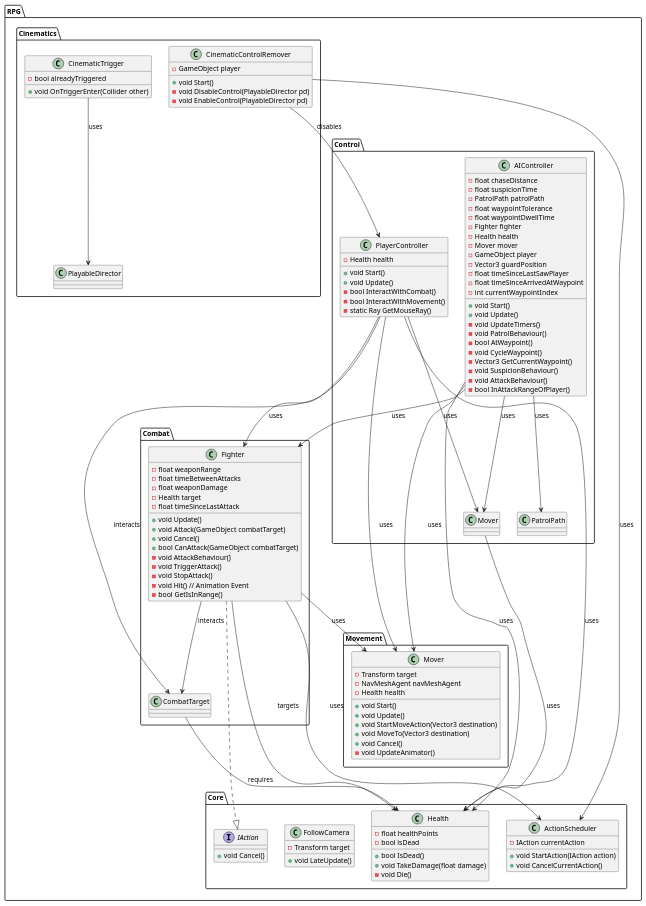
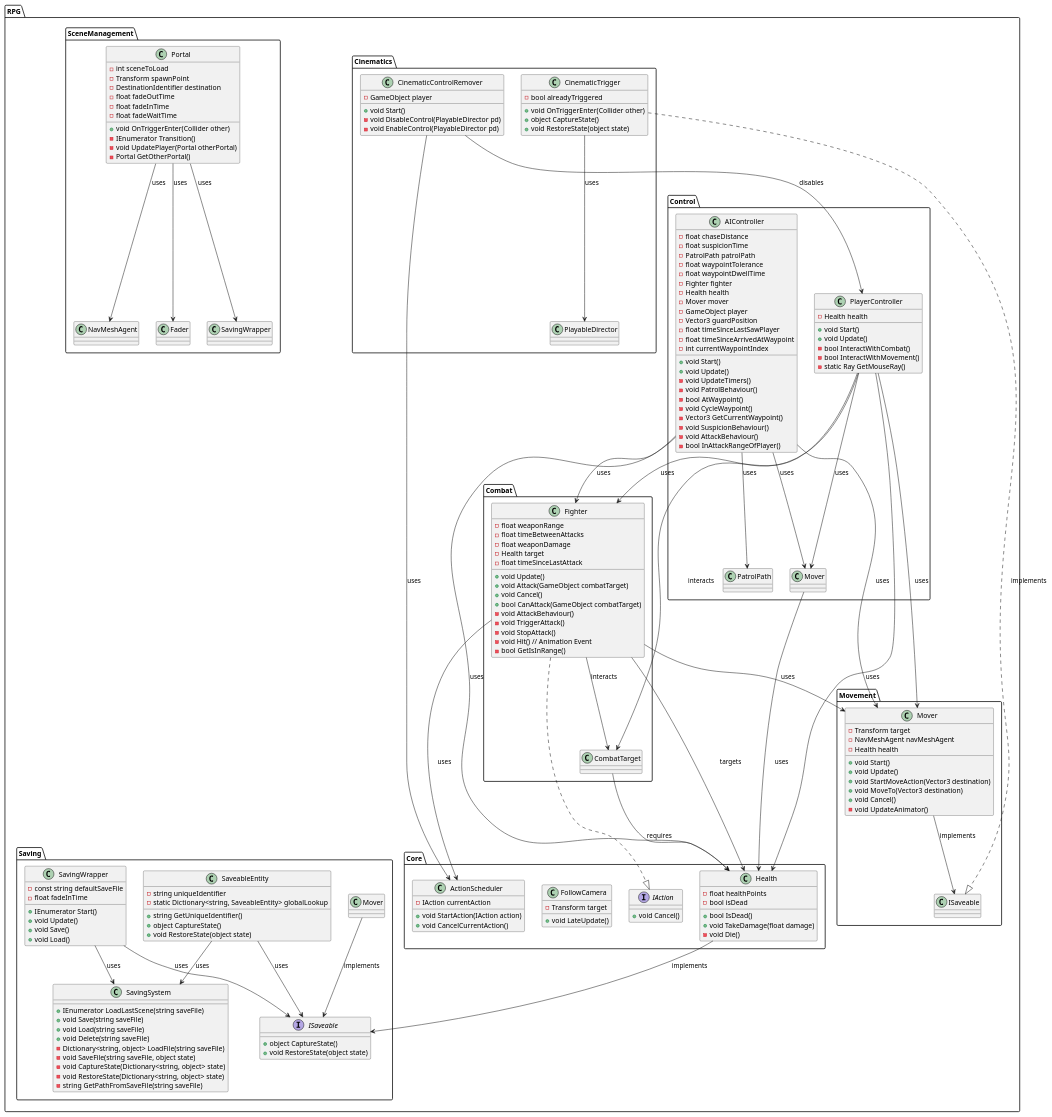
The diagram in Assets/Scripts/rpg.puml (Velcronator/RPG25), drawn with PlantUML before and after one commit. The commit also changed 24 other files, not shown here.

```diff
--- a/Assets/Scripts/rpg.puml
+++ b/Assets/Scripts/rpg.puml
@@ -1,133 +1,199 @@
 @startuml RPG
 namespace RPG.Combat {
     class Fighter {
         -float weaponRange
         -float timeBetweenAttacks
         -float weaponDamage
         -Health target
         -float timeSinceLastAttack
         +void Update()
         +void Attack(GameObject combatTarget)
         +void Cancel()
         +bool CanAttack(GameObject combatTarget)
         -void AttackBehaviour()
         -void TriggerAttack()
         -void StopAttack()
         -void Hit() // Animation Event
         -bool GetIsInRange()
     }
 
     class CombatTarget {
     }
 
     Fighter --> CombatTarget : interacts
 }
 
 namespace RPG.Control {
     class PlayerController {
         -Health health
         +void Start()
         +void Update()
         -bool InteractWithCombat()
         -bool InteractWithMovement()
         -static Ray GetMouseRay()
     }
 
     class AIController {
         -float chaseDistance
         -float suspicionTime
         -PatrolPath patrolPath
         -float waypointTolerance
         -float waypointDwellTime
         -Fighter fighter
         -Health health
         -Mover mover
         -GameObject player
         -Vector3 guardPosition
         -float timeSinceLastSawPlayer
         -float timeSinceArrivedAtWaypoint
         -int currentWaypointIndex
         +void Start()
         +void Update()
         -void UpdateTimers()
         -void PatrolBehaviour()
         -bool AtWaypoint()
         -void CycleWaypoint()
         -Vector3 GetCurrentWaypoint()
         -void SuspicionBehaviour()
         -void AttackBehaviour()
         -bool InAttackRangeOfPlayer()
     }
 
     PlayerController --> Fighter : uses
     PlayerController --> Mover : uses
     PlayerController --> CombatTarget : interacts
     AIController --> Fighter : uses
     AIController --> Mover : uses
     AIController --> PatrolPath : uses
 }
 
 namespace RPG.Core {
     interface IAction {
         +void Cancel()
     }
     class ActionScheduler {
         -IAction currentAction
         +void StartAction(IAction action)
         +void CancelCurrentAction()
     }
     class FollowCamera {
         -Transform target
         +void LateUpdate()
     }
     class Health {
         -float healthPoints
         -bool isDead
         +bool IsDead()
         +void TakeDamage(float damage)
         -void Die()
     }
     Fighter --> Health : targets
     CombatTarget --> Health : requires
     PlayerController --> Health : uses
     AIController --> Health : uses
     Mover --> Health : uses
     Fighter ..|> IAction
     Fighter --> ActionScheduler : uses
 }
 
 namespace RPG.Movement {
     class Mover {
         -Transform target
         -NavMeshAgent navMeshAgent
         -Health health
         +void Start()
         +void Update()
         +void StartMoveAction(Vector3 destination)
         +void MoveTo(Vector3 destination)
         +void Cancel()
         -void UpdateAnimator()
     }
     Fighter --> Mover : uses
     PlayerController --> Mover : uses
     AIController --> Mover : uses
+    Mover --> ISaveable : implements
 }
 
 namespace RPG.Cinematics {
     class CinematicControlRemover {
         -GameObject player
         +void Start()
         -void DisableControl(PlayableDirector pd)
         -void EnableControl(PlayableDirector pd)
     }
 
     class CinematicTrigger {
         -bool alreadyTriggered
         +void OnTriggerEnter(Collider other)
+        +object CaptureState()
+        +void RestoreState(object state)
     }
 
     CinematicControlRemover --> PlayerController : disables
     CinematicControlRemover --> ActionScheduler : uses
     CinematicTrigger --> PlayableDirector : uses
+    CinematicTrigger ..|> ISaveable : implements
+}
+
+namespace RPG.SceneManagement {
+    class Portal {
+        -int sceneToLoad
+        -Transform spawnPoint
+        -DestinationIdentifier destination
+        -float fadeOutTime
+        -float fadeInTime
+        -float fadeWaitTime
+        +void OnTriggerEnter(Collider other)
+        -IEnumerator Transition()
+        -void UpdatePlayer(Portal otherPortal)
+        -Portal GetOtherPortal()
+    }
+
+    Portal --> Fader : uses
+    Portal --> SavingWrapper : uses
+    Portal --> NavMeshAgent : uses
+}
+
+namespace RPG.Saving {
+    interface ISaveable {
+        +object CaptureState()
+        +void RestoreState(object state)
+    }
+
+    class SaveableEntity {
+        -string uniqueIdentifier
+        -static Dictionary<string, SaveableEntity> globalLookup
+        +string GetUniqueIdentifier()
+        +object CaptureState()
+        +void RestoreState(object state)
+    }
+
+    class SavingSystem {
+        +IEnumerator LoadLastScene(string saveFile)
+        +void Save(string saveFile)
+        +void Load(string saveFile)
+        +void Delete(string saveFile)
+        -Dictionary<string, object> LoadFile(string saveFile)
+        -void SaveFile(string saveFile, object state)
+        -void CaptureState(Dictionary<string, object> state)
+        -void RestoreState(Dictionary<string, object> state)
+        -string GetPathFromSaveFile(string saveFile)
+    }
+
+    class SavingWrapper {
+        -const string defaultSaveFile
+        -float fadeInTime
+        +IEnumerator Start()
+        +void Update()
+        +void Save()
+        +void Load()
+    }
+
+    SaveableEntity --> ISaveable : uses
+    SaveableEntity --> SavingSystem : uses
+    SavingWrapper --> SavingSystem : uses
+    SavingWrapper --> ISaveable : uses
+    Health --> ISaveable : implements
+    Mover --> ISaveable : implements
 }
 @enduml
```
